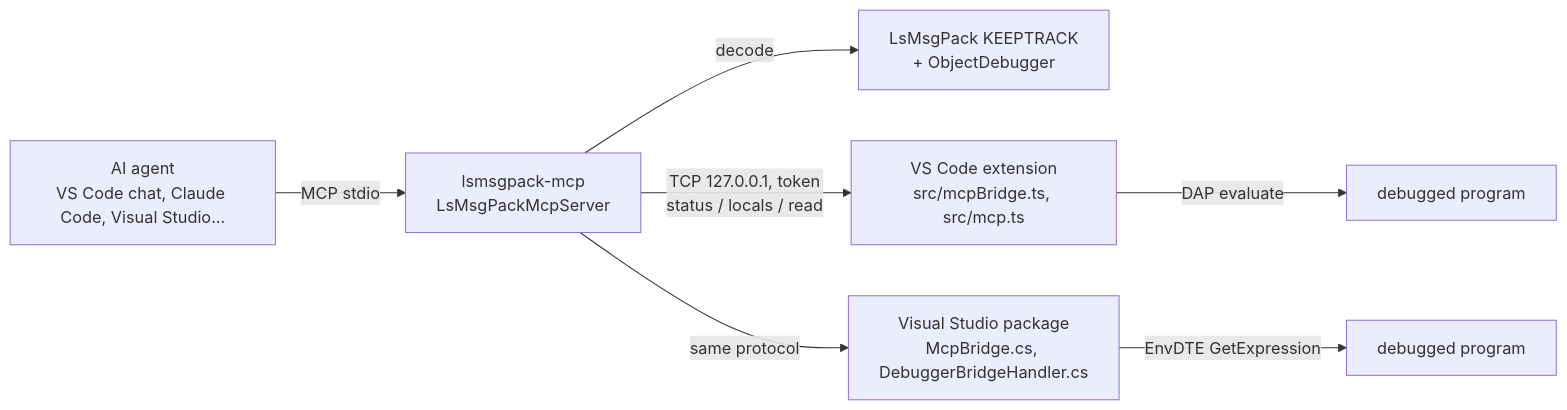
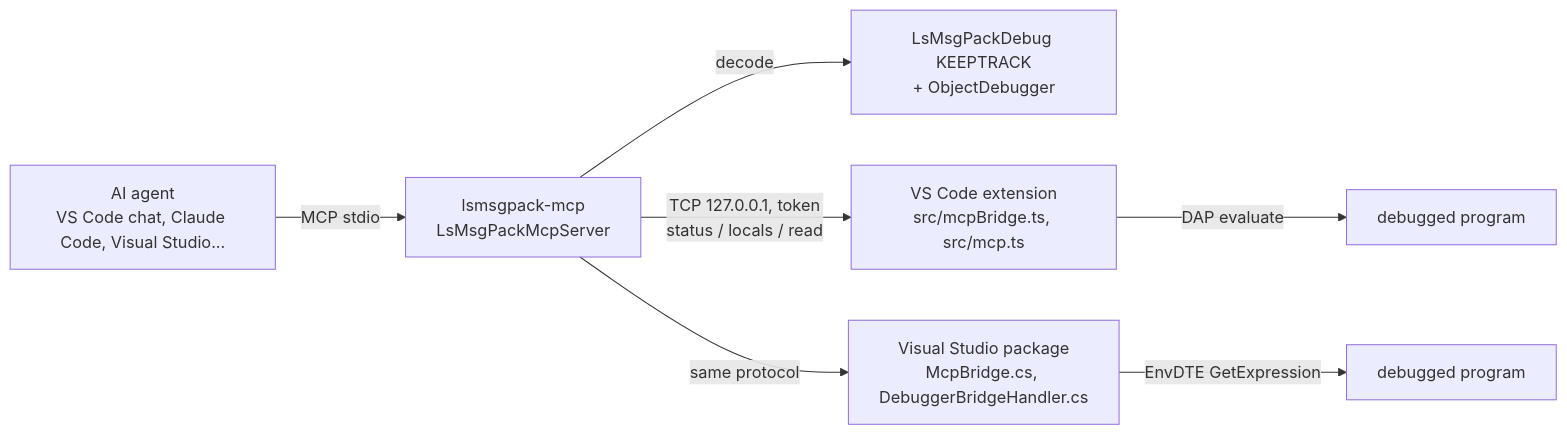
Before and after one commit to mlsomers/LsMsgPack: the diagram in docs/Mcp.md, drawn with Mermaid. The commit also changed other lines of this file and 313 other files, not shown here.

First line of the commit message:
Rename the debug serializer LsMsgPack to LsMsgPackDebug

````diff
--- a/docs/Mcp.md
+++ b/docs/Mcp.md
@@ -17,9 +17,9 @@
 ```mermaid
 flowchart LR
   agent[AI agent<br/>VS Code chat, Claude Code, Visual Studio...] -- MCP stdio --> server[lsmsgpack-mcp<br/>LsMsgPackMcpServer]
-  server -- decode --> lib[LsMsgPack KEEPTRACK<br/>+ ObjectDebugger]
+  server -- decode --> lib[LsMsgPackDebug KEEPTRACK<br/>+ ObjectDebugger]
   server -- "TCP 127.0.0.1, token<br/>status / locals / read" --> code[VS Code extension<br/>src/mcpBridge.ts, src/mcp.ts]
   server -- same protocol --> vs[Visual Studio package<br/>McpBridge.cs, DebuggerBridgeHandler.cs]
   code -- DAP evaluate --> app1[debugged program]
   vs -- EnvDTE GetExpression --> app2[debugged program]
 ```
````
